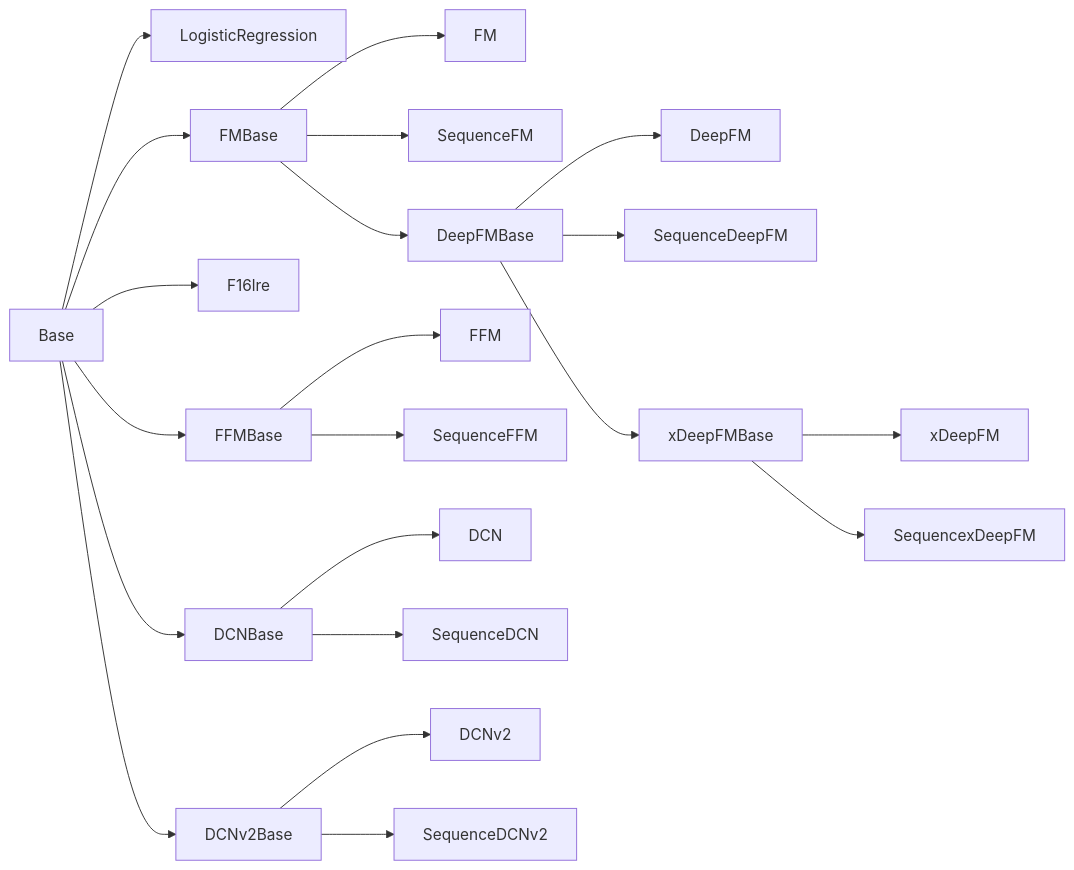
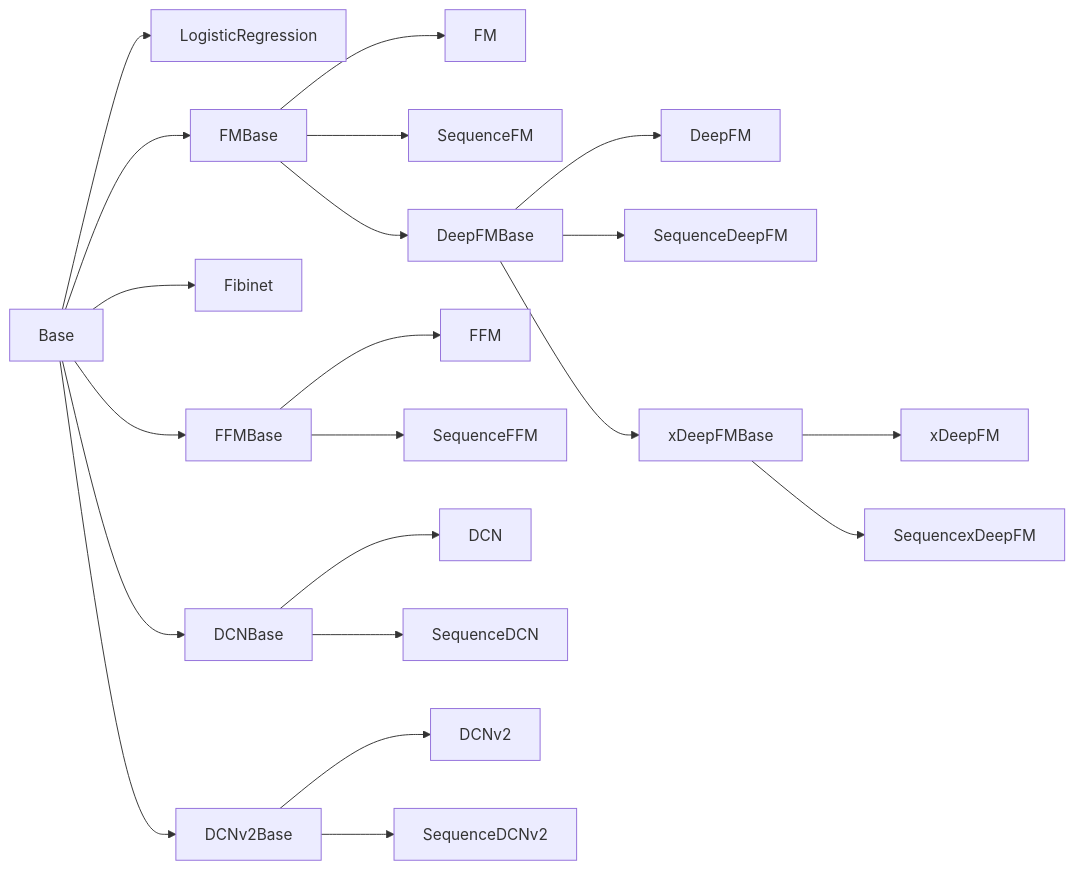
The diagram in src/models/fm/README.md (bohyunshin/toss-next-challenge-solution), drawn with Mermaid before and after one commit. The commit also changed 22 other files, not shown here.

````diff
--- a/src/models/fm/README.md
+++ b/src/models/fm/README.md
@@ -7,29 +7,29 @@
 ```mermaid
 graph LR
     Base --> LogisticRegression
     Base --> FMBase
-    Base --> F16lre
+    Base --> Fibinet
     Base --> FFMBase
     Base --> DCNBase
     Base --> DCNv2Base
-    
+
     FMBase --> FM
     FMBase --> SequenceFM
     FMBase --> DeepFMBase
-    
+
     DeepFMBase --> DeepFM
     DeepFMBase --> SequenceDeepFM
     DeepFMBase --> xDeepFMBase
-    
+
     xDeepFMBase --> xDeepFM
     xDeepFMBase --> SequencexDeepFM
-    
+
     FFMBase --> FFM
     FFMBase --> SequenceFFM
-    
+
     DCNBase --> DCN
     DCNBase --> SequenceDCN
-    
+
     DCNv2Base --> DCNv2
     DCNv2Base --> SequenceDCNv2
 ```
````
